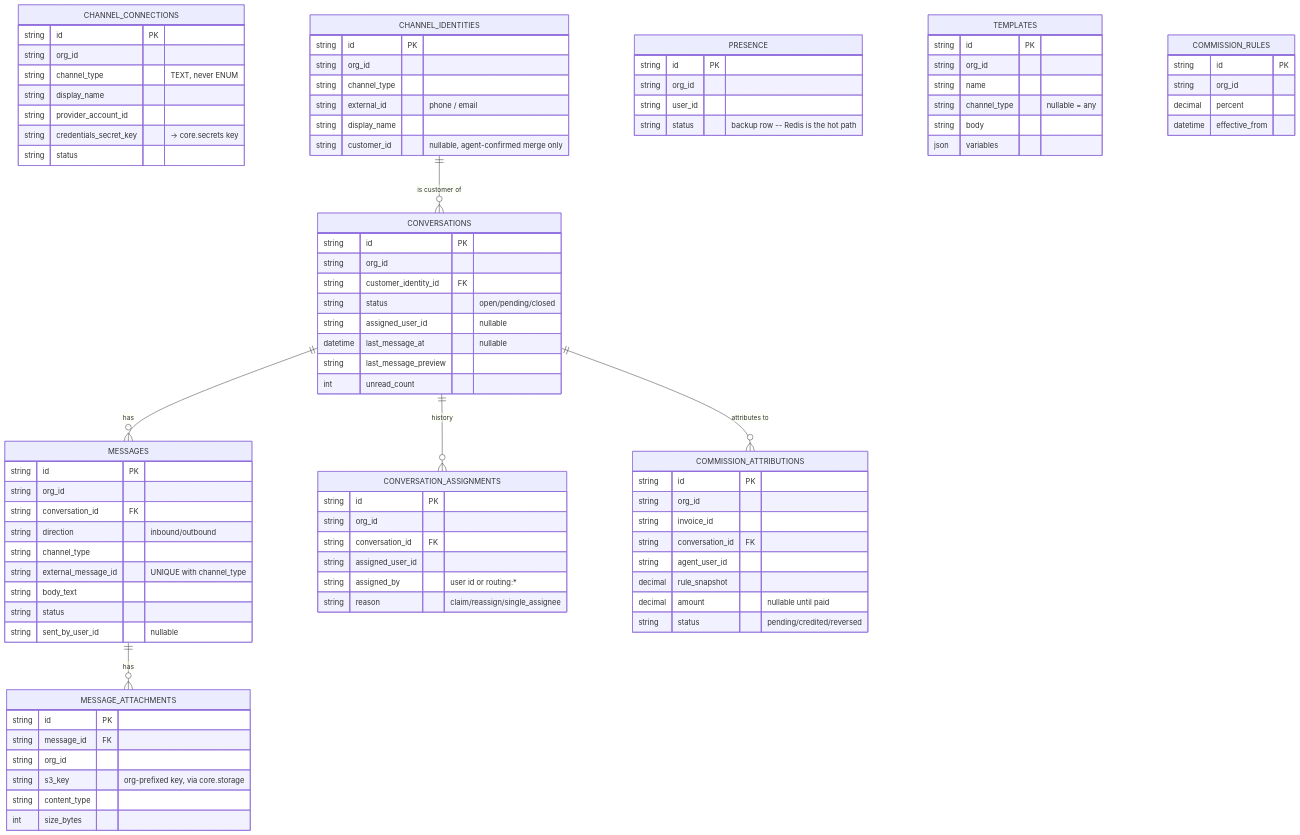
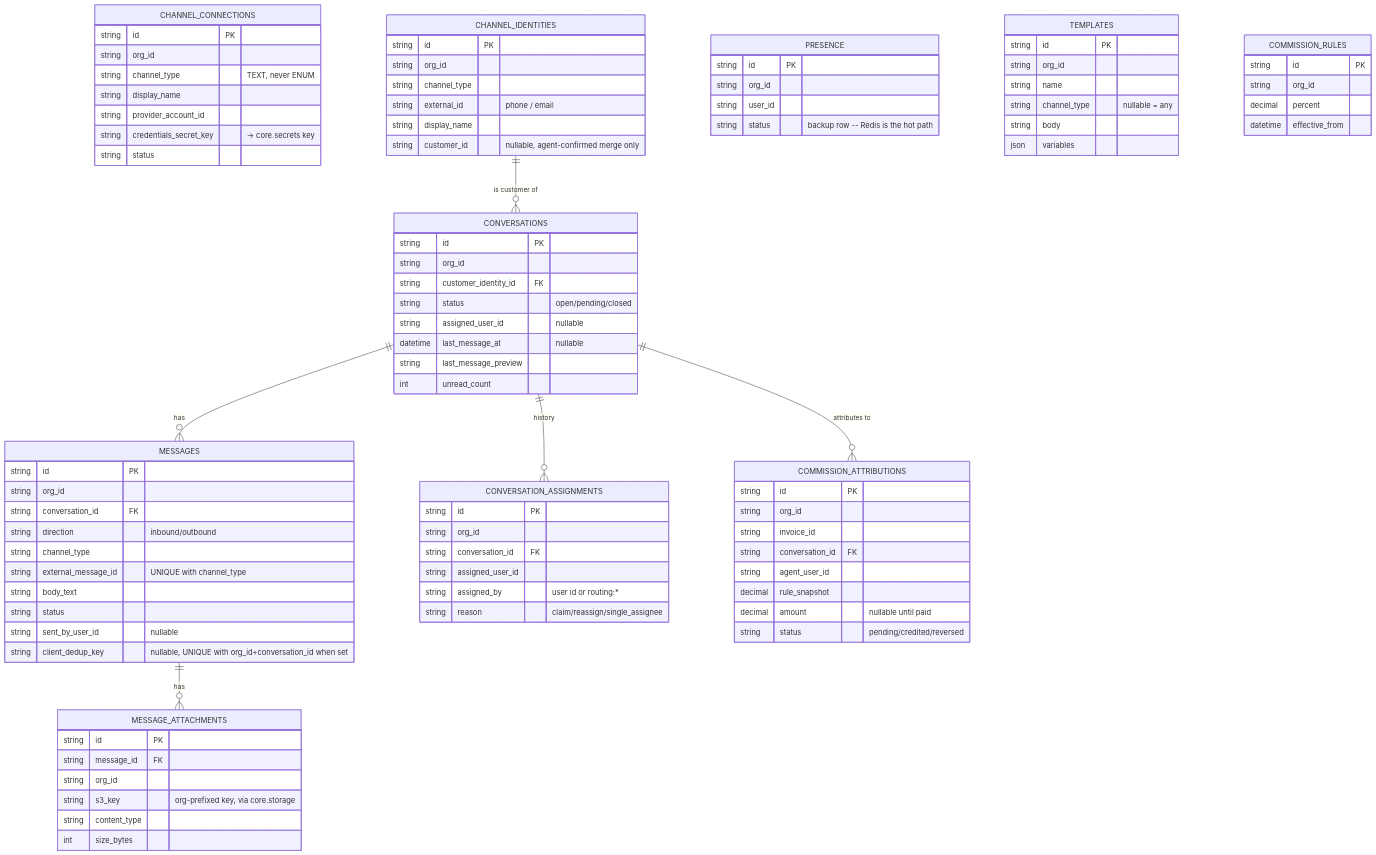
The first of 2 diagrams in docs/services/omnichannel/data-model.md (RafaelOjeda/A2Z-Core), drawn with Mermaid before and after one commit. The commit also changed other lines of this file and 30 other files, not shown here.

```diff
--- a/docs/services/omnichannel/data-model.md
+++ b/docs/services/omnichannel/data-model.md
@@ -52,6 +52,7 @@
         string body_text
         string status
         string sent_by_user_id "nullable"
+        string client_dedup_key "nullable, UNIQUE with org_id+conversation_id when set"
     }
     MESSAGE_ATTACHMENTS {
         string id PK
```
